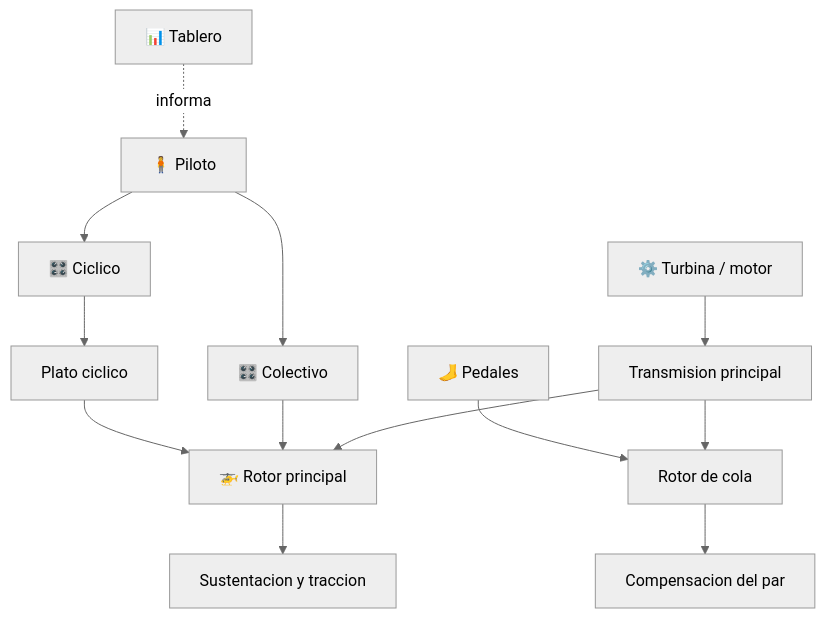
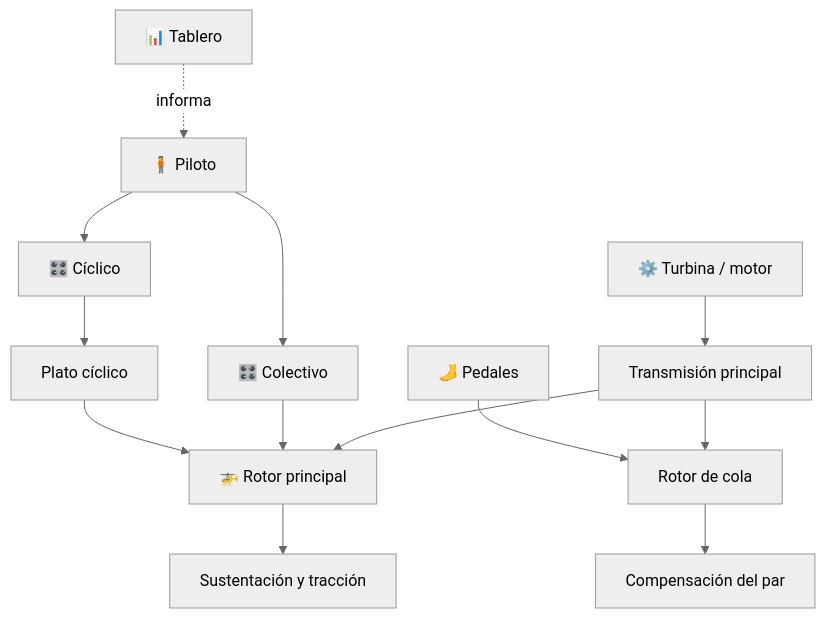
One commit to vladimiracunadev-create/machine-operator-program changed the diagram in vehiculos/helicopteros/README.md. Above: the diagram before and after it, drawn with Mermaid (neutral theme). The commit also changed other lines of this file and 442 other files, not shown here.

````diff
--- a/vehiculos/helicopteros/README.md
+++ b/vehiculos/helicopteros/README.md
@@ -31,15 +31,15 @@
 ```mermaid
 flowchart TD
-    Turbina[⚙️ Turbina / motor] --> Transmision[Transmision principal]
+    Turbina[⚙️ Turbina / motor] --> Transmision[Transmisión principal]
     Transmision --> RotorP[🚁 Rotor principal]
     Transmision --> RotorC[Rotor de cola]
-    RotorP --> Sustentacion[Sustentacion y traccion]
-    RotorC --> AntiPar[Compensacion del par]
+    RotorP --> Sustentacion[Sustentación y tracción]
+    RotorC --> AntiPar[Compensación del par]
     Colectivo[🎛️ Colectivo] --> RotorP
-    Ciclico[🎛️ Ciclico] --> Plato[Plato ciclico]
+    Ciclico[🎛️ Cíclico] --> Plato[Plato cíclico]
     Plato --> RotorP
     Pedales[🦶 Pedales] --> RotorC
     Tablero[📊 Tablero] -. informa .-> Piloto[🧍 Piloto]
     Piloto --> Colectivo
     Piloto --> Ciclico
 ```
````
